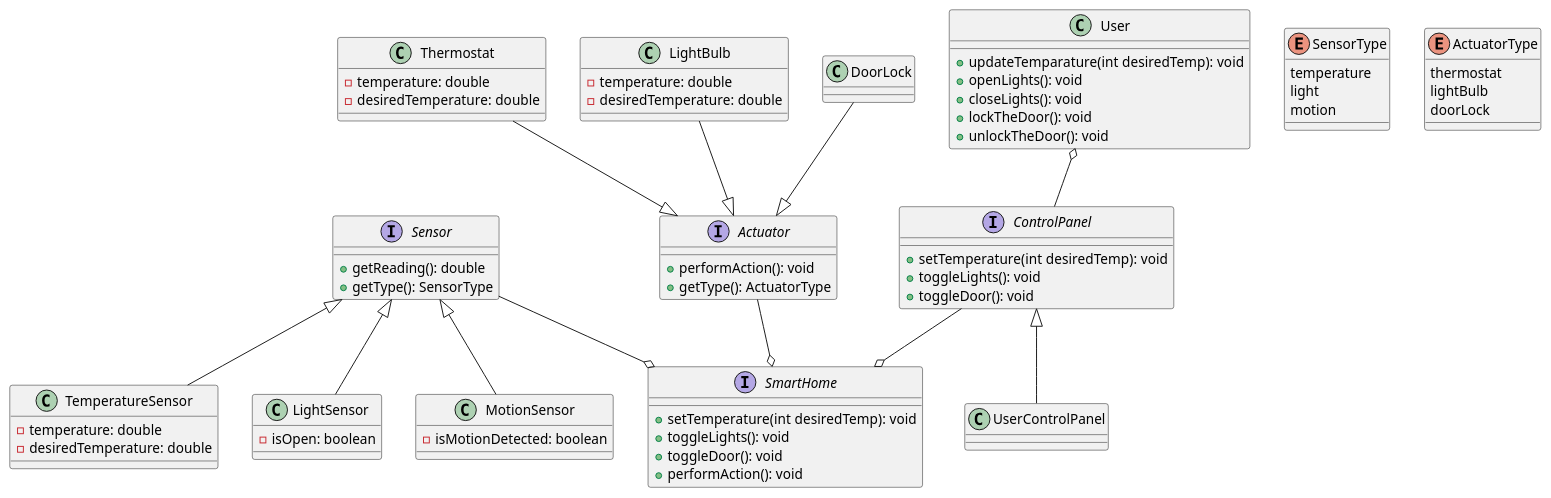
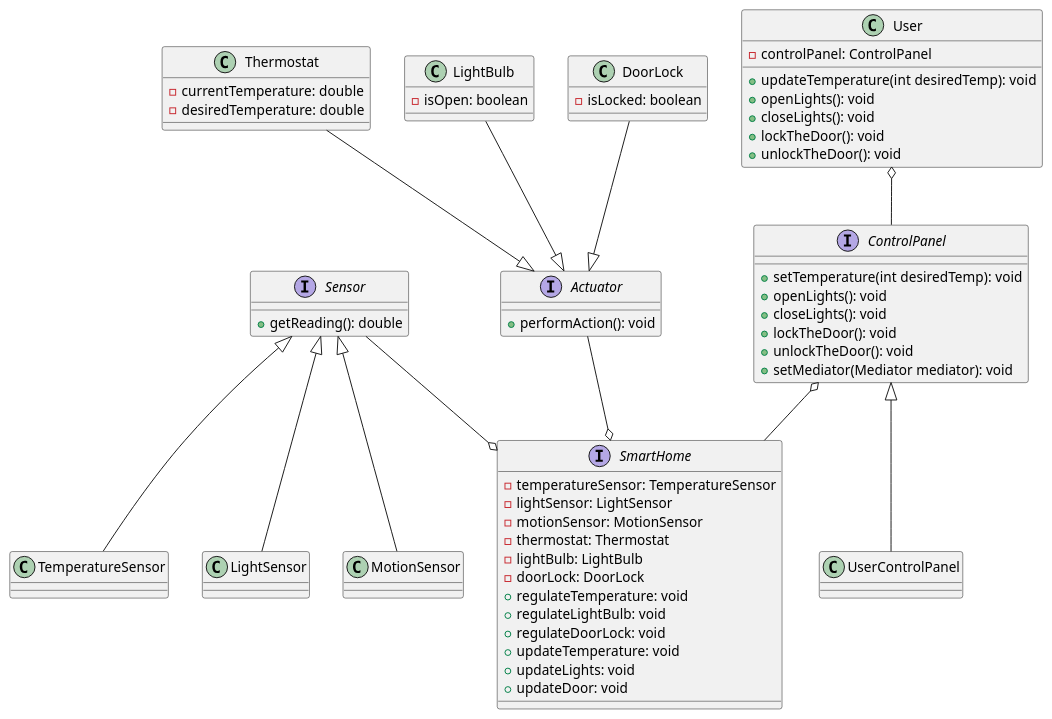
Before and after one commit to umutcanceyhan7/oop-practice-projects: the diagram in src/Diagrams/ClassDiagram/classDiagram.puml, drawn with PlantUML. The commit also changed 16 other files, not shown here.

```diff
--- a/src/Diagrams/ClassDiagram/classDiagram.puml
+++ b/src/Diagrams/ClassDiagram/classDiagram.puml
@@ -1,73 +1,68 @@
 @startuml
 interface Sensor {
         +getReading(): double
-        +getType(): SensorType
     }
     class TemperatureSensor {
-        -temperature: double
-        -desiredTemperature: double
     }
     class LightSensor {
-        -isOpen: boolean
     }
     class MotionSensor {
-        -isMotionDetected: boolean
     }
     interface Actuator {
         +performAction(): void
-        +getType(): ActuatorType
     }
     class Thermostat {
-        -temperature: double
+        -currentTemperature: double
         -desiredTemperature: double
     }
     class LightBulb {
-        -temperature: double
-        -desiredTemperature: double
+        -isOpen: boolean
     }
-
     class DoorLock {
+        -isLocked: boolean
     }
-    interface ControlPanel {
-        +setTemperature(int desiredTemp): void
-        +toggleLights(): void
-        +toggleDoor(): void
-    }
-    class UserControlPanel {
-    }
-    interface SmartHome {
-        +setTemperature(int desiredTemp): void
-        +toggleLights(): void
-        +toggleDoor(): void
-        +performAction(): void
-    }
+interface ControlPanel {
+    +setTemperature(int desiredTemp): void
+    +openLights(): void
+    +closeLights(): void
+    +lockTheDoor(): void
+    +unlockTheDoor(): void
+    +setMediator(Mediator mediator): void
+}
+class UserControlPanel {
+}
+interface SmartHome {
+    -temperatureSensor: TemperatureSensor
+    -lightSensor: LightSensor
+    -motionSensor: MotionSensor
+    -thermostat: Thermostat
+    -lightBulb: LightBulb
+    -doorLock: DoorLock
+    +regulateTemperature: void
+    +regulateLightBulb: void
+    +regulateDoorLock: void
+    +updateTemperature: void
+    +updateLights: void
+    +updateDoor: void
+}
 class User {
-   +updateTemparature(int desiredTemp): void
+   -controlPanel: ControlPanel
+   +updateTemperature(int desiredTemp): void
    +openLights(): void
    +closeLights(): void
    +lockTheDoor(): void
    +unlockTheDoor(): void
 }
-    enum SensorType {
-        temperature
-        light
-        motion
-    }
-    enum ActuatorType {
-        thermostat
-        lightBulb
-        doorLock
-    }
 
-ControlPanel --o SmartHome
+ControlPanel o-- SmartHome
 Sensor --o  SmartHome
 Actuator --o SmartHome
 Sensor <|-- TemperatureSensor
 Sensor <|-- LightSensor
 Sensor <|-- MotionSensor
 Thermostat  --|>  Actuator
 LightBulb  --|>   Actuator
 DoorLock  --|> Actuator
 ControlPanel <|--  UserControlPanel
 User o-- ControlPanel
 @enduml
```
